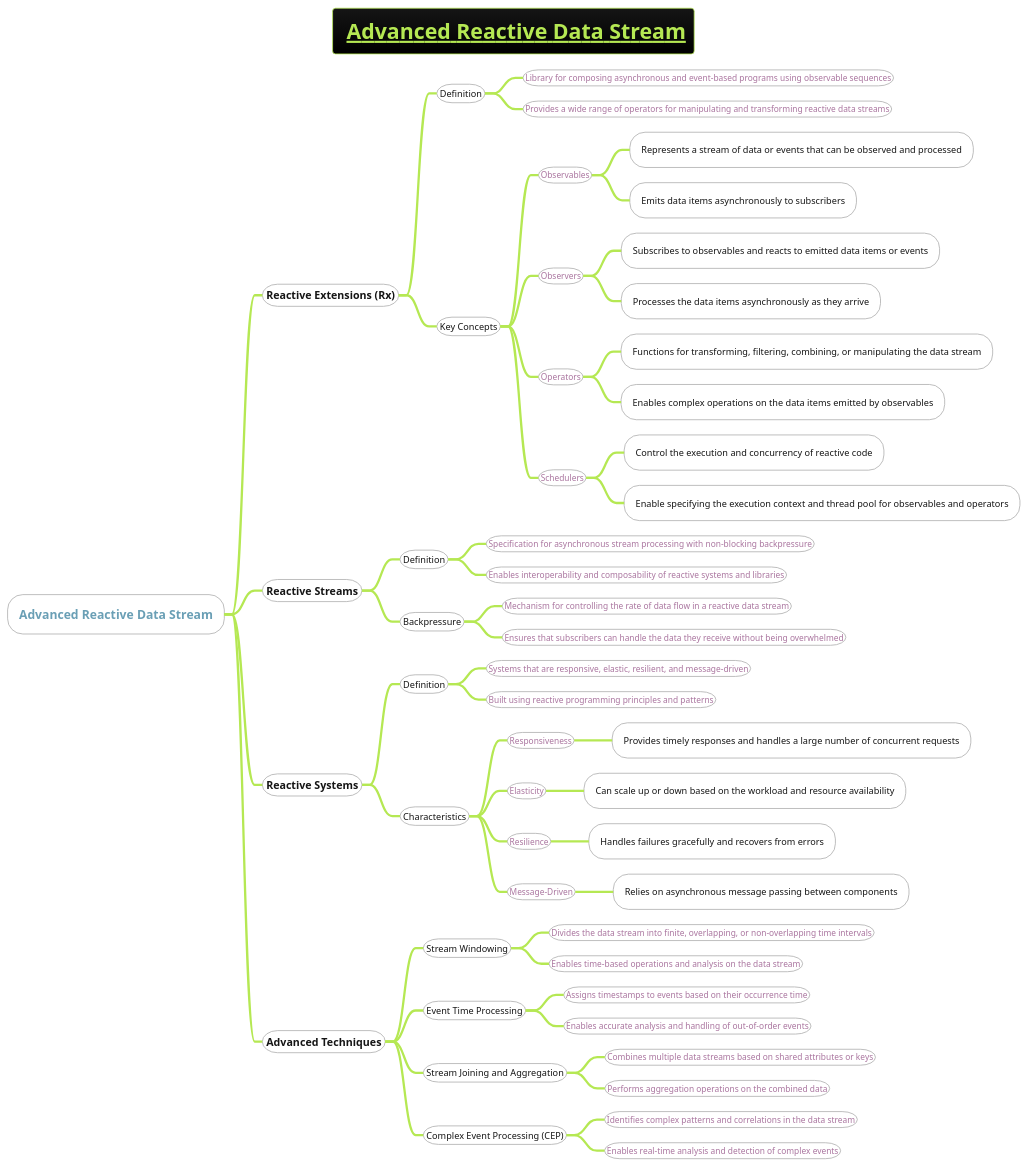
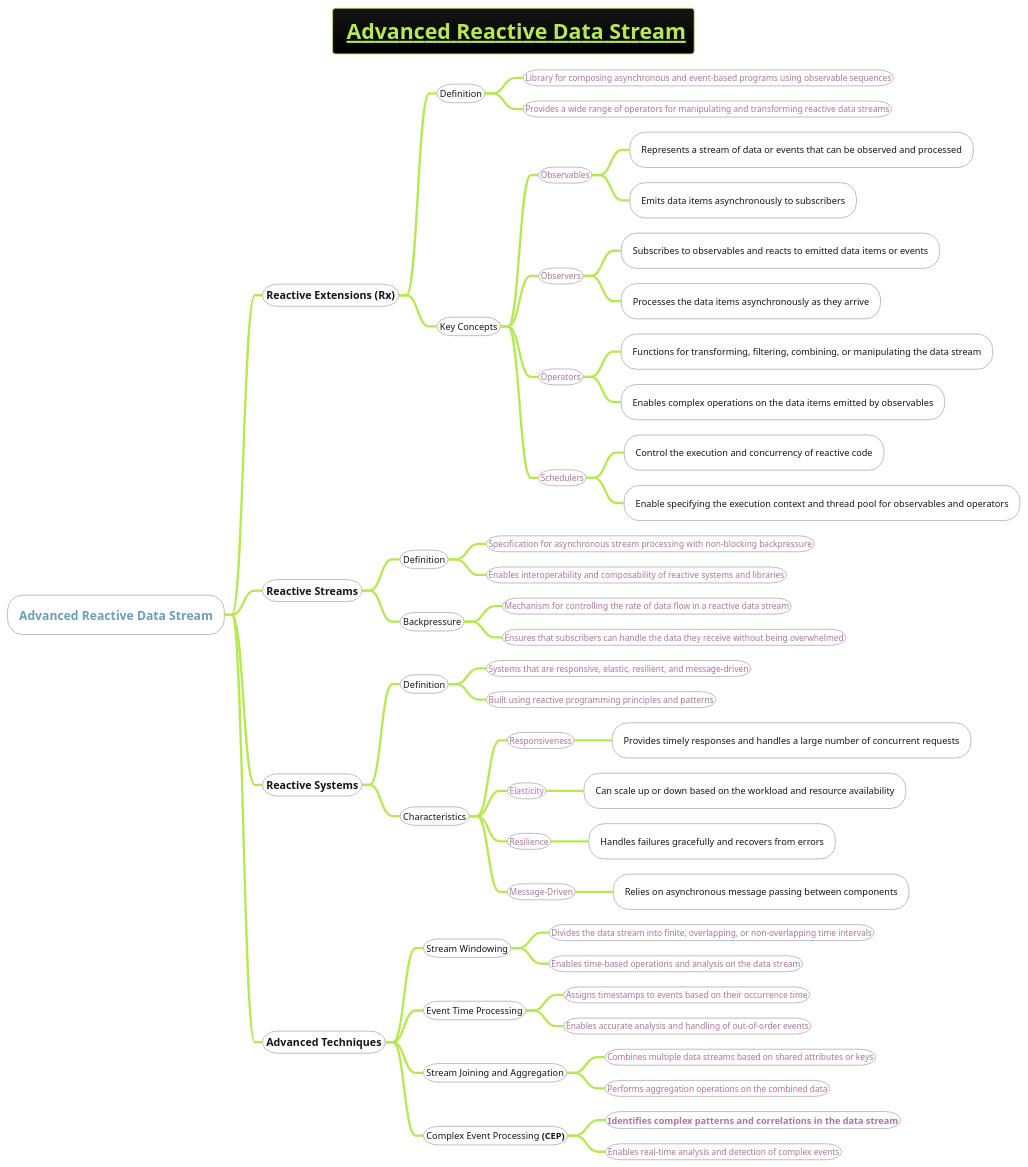
The diagram in docs/3-programming-languages/functional-programming/Advanced-Reactive-Data-Stream.puml (MehmoodHashmi/Documentation-as-Code-DaC), drawn with PlantUML before and after one commit. The commit also changed 9 other files, not shown here.

```diff
--- a/docs/3-programming-languages/functional-programming/Advanced-Reactive-Data-Stream.puml
+++ b/docs/3-programming-languages/functional-programming/Advanced-Reactive-Data-Stream.puml
@@ -1,86 +1,86 @@
 @startmindmap
 !theme hacker
 
 skinparam node {
     BorderColor DarkGray
     BackgroundColor White
 }
 
 skinparam connector {
     LineColor DarkGray
 }
 
 title =__ Advanced Reactive Data Stream__
 * Advanced Reactive Data Stream
 
-** Reactive Extensions (Rx)
+** Reactive Extensions **(Rx)**
 
 *** Definition
 **** Library for composing asynchronous and event-based programs using observable sequences
 **** Provides a wide range of operators for manipulating and transforming reactive data streams
 
 *** Key Concepts
 **** Observables
 ***** Represents a stream of data or events that can be observed and processed
 ***** Emits data items asynchronously to subscribers
 
 **** Observers
 ***** Subscribes to observables and reacts to emitted data items or events
 ***** Processes the data items asynchronously as they arrive
 
 **** Operators
 ***** Functions for transforming, filtering, combining, or manipulating the data stream
 ***** Enables complex operations on the data items emitted by observables
 
 **** Schedulers
 ***** Control the execution and concurrency of reactive code
 ***** Enable specifying the execution context and thread pool for observables and operators
 
 ** Reactive Streams
 
 *** Definition
 **** Specification for asynchronous stream processing with non-blocking backpressure
 **** Enables interoperability and composability of reactive systems and libraries
 
 *** Backpressure
 **** Mechanism for controlling the rate of data flow in a reactive data stream
 **** Ensures that subscribers can handle the data they receive without being overwhelmed
 
 ** Reactive Systems
 
 *** Definition
 **** Systems that are responsive, elastic, resilient, and message-driven
 **** Built using reactive programming principles and patterns
 
 *** Characteristics
 **** Responsiveness
 ***** Provides timely responses and handles a large number of concurrent requests
 
 **** Elasticity
 ***** Can scale up or down based on the workload and resource availability
 
 **** Resilience
 ***** Handles failures gracefully and recovers from errors
 
 **** Message-Driven
 ***** Relies on asynchronous message passing between components
 
 ** Advanced Techniques
 
 *** Stream Windowing
 **** Divides the data stream into finite, overlapping, or non-overlapping time intervals
 **** Enables time-based operations and analysis on the data stream
 
 *** Event Time Processing
 **** Assigns timestamps to events based on their occurrence time
 **** Enables accurate analysis and handling of out-of-order events
 
 *** Stream Joining and Aggregation
 **** Combines multiple data streams based on shared attributes or keys
 **** Performs aggregation operations on the combined data
 
-*** Complex Event Processing (CEP)
-**** Identifies complex patterns and correlations in the data stream
+*** Complex Event Processing **(CEP)**
+**** ===Identifies complex patterns and correlations in the data stream
 **** Enables real-time analysis and detection of complex events
 
 @endmindmap
```
